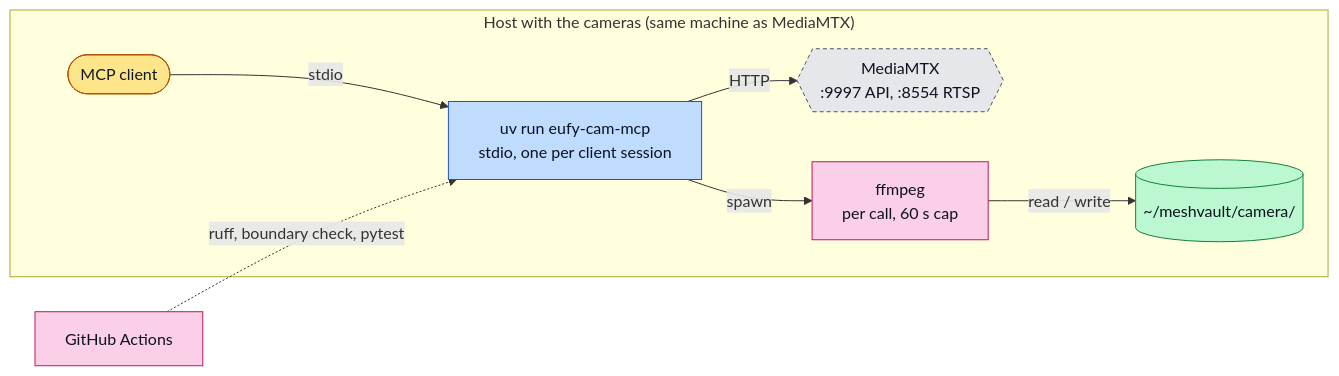
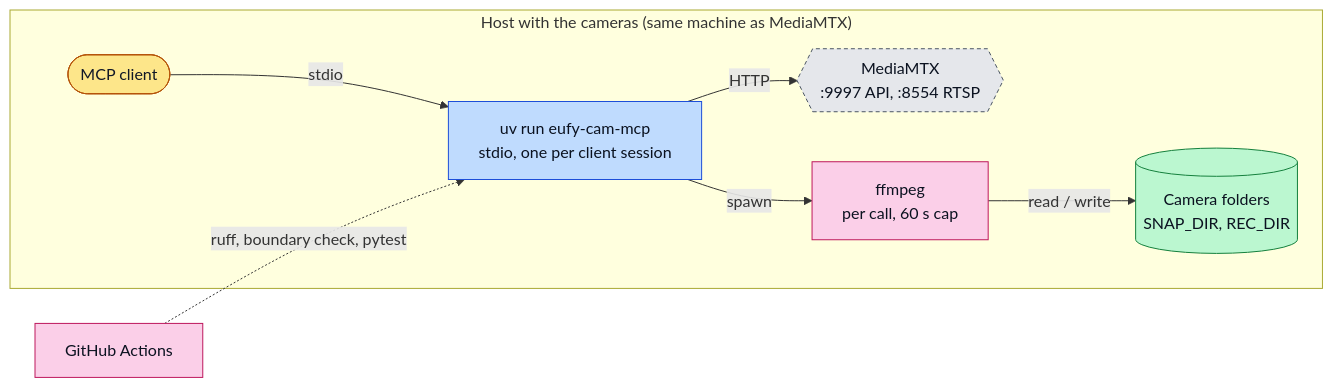
The diagram in docs/architecture/deployment.mmd (thefiredev-cloud/eufy-camera-mcp), drawn with Mermaid before and after one commit. The commit also changed 12 other files, not shown here.

First line of the commit message:
docs(arch): drop owner home paths from diagrams; fix ffmpeg label wrap

```diff
--- a/docs/architecture/deployment.mmd
+++ b/docs/architecture/deployment.mmd
@@ -1,19 +1,19 @@
 flowchart LR
   ci["GitHub Actions"]:::job
   subgraph host_host["Host with the cameras (same machine as MediaMTX)"]
     client(["MCP client"]):::actor
     srv["uv run eufy-cam-mcp<br/>stdio, one per client session"]:::app
     mtx{{"MediaMTX<br/>:9997 API, :8554 RTSP"}}:::ext
     ff["ffmpeg<br/>per call, 60 s cap"]:::job
-    disk[("~/meshvault/camera/")]:::store
+    disk[("Camera folders<br/>SNAP_DIR, REC_DIR")]:::store
   end
   client -->|"stdio"| srv
   srv -->|"HTTP"| mtx
   srv -->|"spawn"| ff
   ff -->|"read / write"| disk
   ci -.->|"ruff, boundary check, pytest"| srv
   classDef actor fill:#fde68a,stroke:#b45309,color:#111827
   classDef app fill:#bfdbfe,stroke:#1d4ed8,color:#0b1220
   classDef ext fill:#e5e7eb,stroke:#4b5563,color:#0b1220,stroke-dasharray:4 3
   classDef job fill:#fbcfe8,stroke:#be185d,color:#0b1220
   classDef store fill:#bbf7d0,stroke:#15803d,color:#0b1220
```
